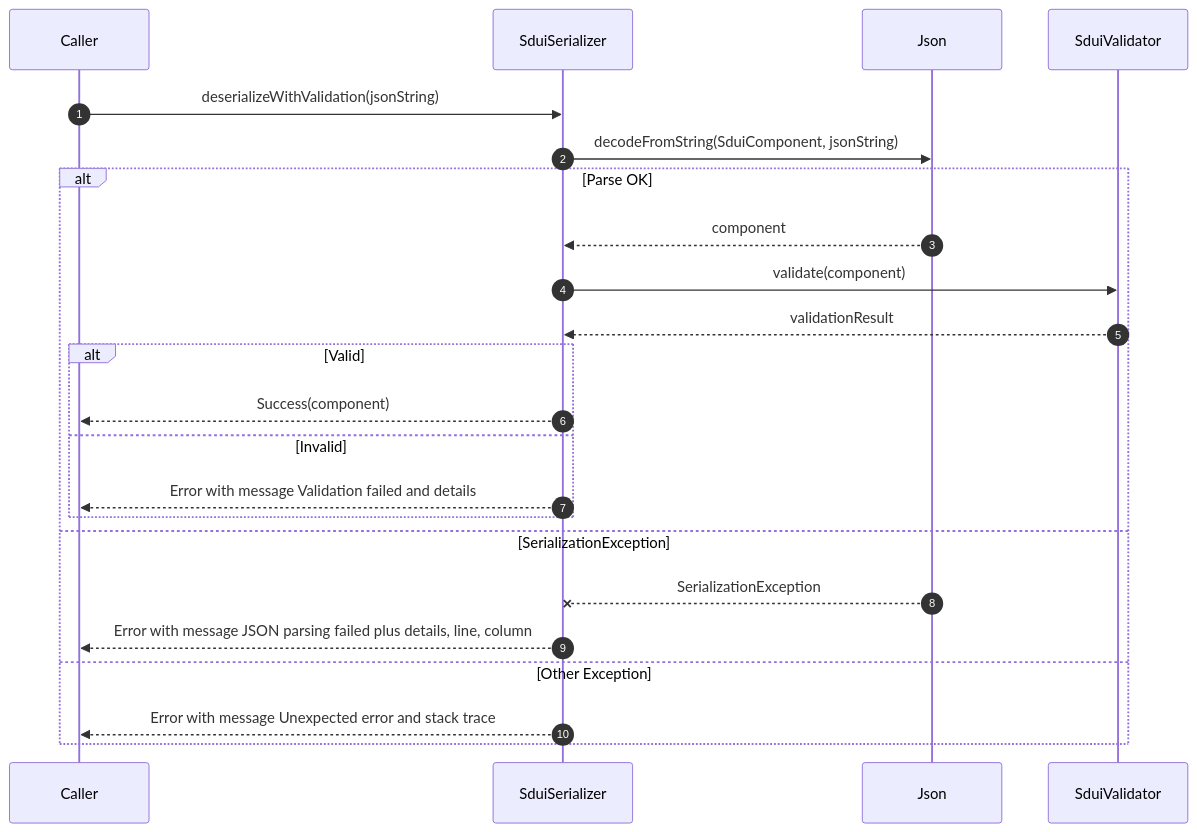
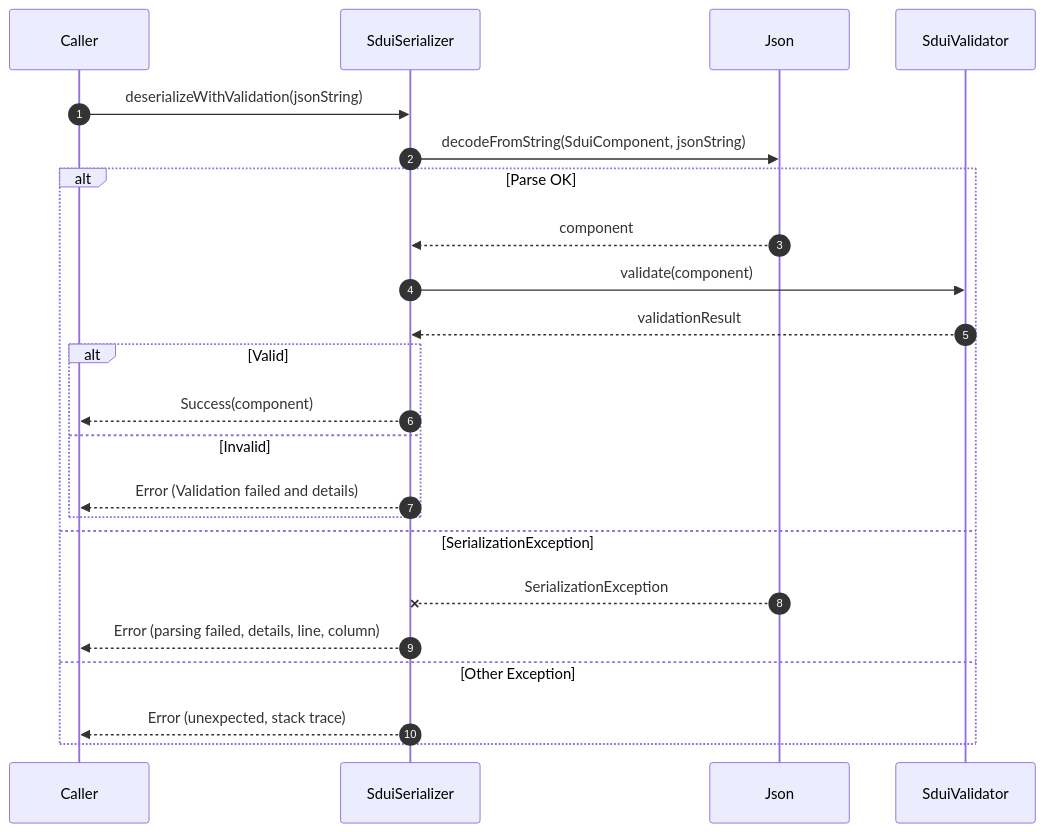
One commit to AmniX/SDUI.kt changed the third of 3 diagrams in README.md. Above: the diagram before and after it, drawn with Mermaid. The commit also changed other lines of this file, not shown here.

Commit message:
add support for scrolling and image rendering with coil3, update layout and examples

````diff
--- a/README.md
+++ b/README.md
@@ -199,26 +199,26 @@
 ```mermaid
 sequenceDiagram
     autonumber
     participant C as Caller
     participant Ser as SduiSerializer
     participant KJ as Json
     participant Val as SduiValidator
 
     C->>Ser: deserializeWithValidation(jsonString)
     Ser->>KJ: decodeFromString(SduiComponent, jsonString)
     alt Parse OK
         KJ-->>Ser: component
         Ser->>Val: validate(component)
         Val-->>Ser: validationResult
         alt Valid
             Ser-->>C: Success(component)
         else Invalid
-            Ser-->>C: Error with message Validation failed and details
+            Ser-->>C: Error (Validation failed and details)
         end
     else SerializationException
         KJ--x Ser: SerializationException
-        Ser-->>C: Error with message JSON parsing failed plus details, line, column
+        Ser-->>C: Error (parsing failed, details, line, column)
     else Other Exception
-        Ser-->>C: Error with message Unexpected error and stack trace
+        Ser-->>C: Error (unexpected, stack trace)
     end
 ```
````
